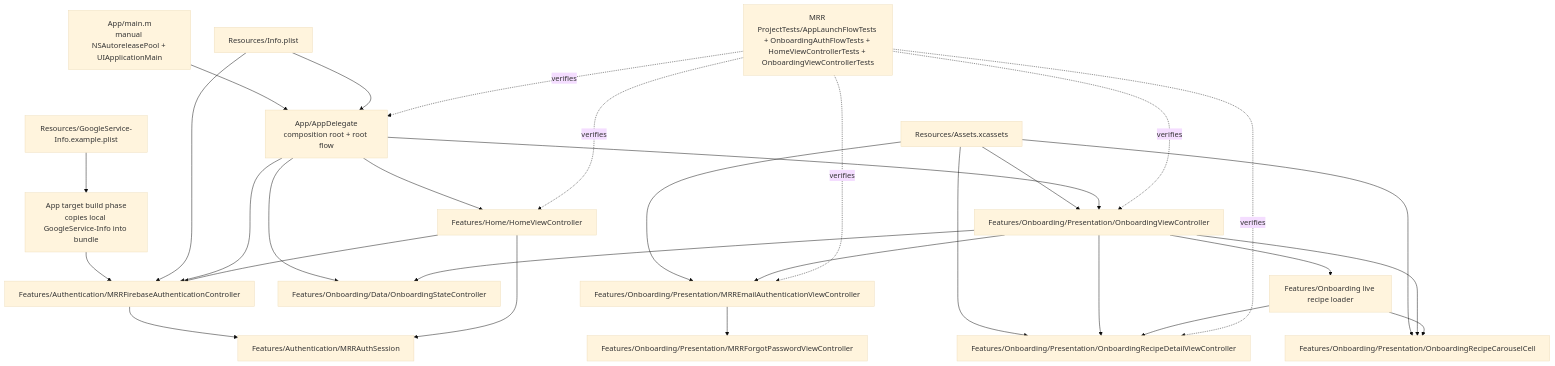
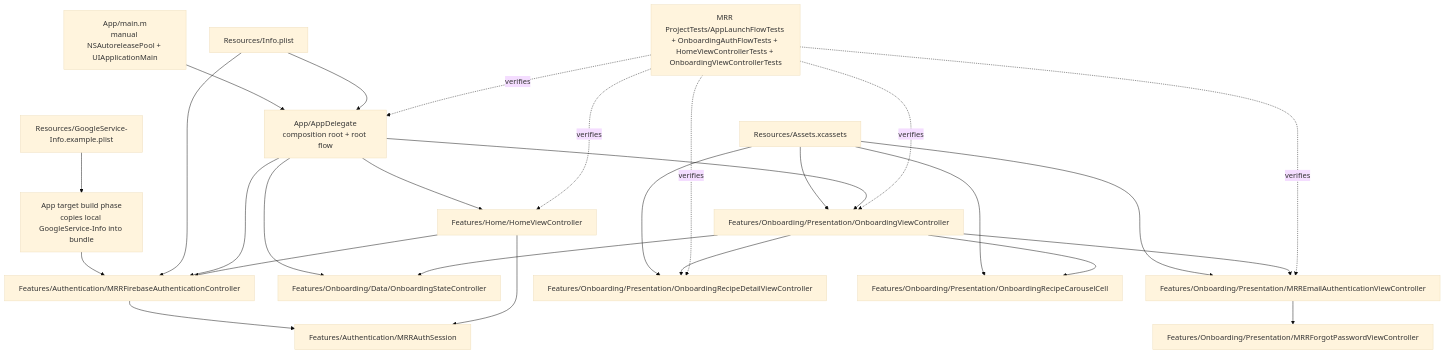
One commit to bengidev/ios-mrr-experiment changed the first of 6 diagrams in ARCHITECTURE.md. Above: the diagram before and after it, drawn with Mermaid (base theme). The commit also changed other lines of this file and 7 other files, not shown here.

Commit message:
refactor(onboarding): remove unused recipe api flow

````diff
--- a/ARCHITECTURE.md
+++ b/ARCHITECTURE.md
@@ -31,50 +31,46 @@
 ```mermaid
 flowchart TB
   main["App/main.m<br/>manual NSAutoreleasePool + UIApplicationMain"]
   plist["Resources/Info.plist"]
   firebaseTemplate["Resources/GoogleService-Info.example.plist"]
   buildPhase["App target build phase<br/>copies local GoogleService-Info into bundle"]
   assets["Resources/Assets.xcassets"]
   app["App/AppDelegate<br/>composition root + root flow"]
   auth["Features/Authentication/MRRFirebaseAuthenticationController"]
   session["Features/Authentication/MRRAuthSession"]
   onboardingState["Features/Onboarding/Data/OnboardingStateController"]
   onboardingVC["Features/Onboarding/Presentation/OnboardingViewController"]
   emailAuthVC["Features/Onboarding/Presentation/MRREmailAuthenticationViewController"]
   forgotPasswordVC["Features/Onboarding/Presentation/MRRForgotPasswordViewController"]
   onboardingDetailVC["Features/Onboarding/Presentation/OnboardingRecipeDetailViewController"]
   carouselCell["Features/Onboarding/Presentation/OnboardingRecipeCarouselCell"]
-  recipeLoader["Features/Onboarding live recipe loader"]
   homeVC["Features/Home/HomeViewController"]
   tests["MRR ProjectTests/AppLaunchFlowTests + OnboardingAuthFlowTests + HomeViewControllerTests + OnboardingViewControllerTests"]
 
   main --> app
   plist --> app
   firebaseTemplate --> buildPhase
   buildPhase --> auth
   plist --> auth
   assets --> onboardingVC
   assets --> emailAuthVC
   assets --> onboardingDetailVC
   assets --> carouselCell
   app --> auth
   auth --> session
   app --> onboardingState
   app --> onboardingVC
   app --> homeVC
   onboardingVC --> onboardingState
   onboardingVC --> emailAuthVC
   emailAuthVC --> forgotPasswordVC
   onboardingVC --> onboardingDetailVC
   onboardingVC --> carouselCell
-  onboardingVC --> recipeLoader
-  recipeLoader --> onboardingDetailVC
-  recipeLoader --> carouselCell
   homeVC --> auth
   homeVC --> session
   tests -.verifies.-> app
   tests -.verifies.-> onboardingVC
   tests -.verifies.-> emailAuthVC
   tests -.verifies.-> homeVC
   tests -.verifies.-> onboardingDetailVC
 ```
````
